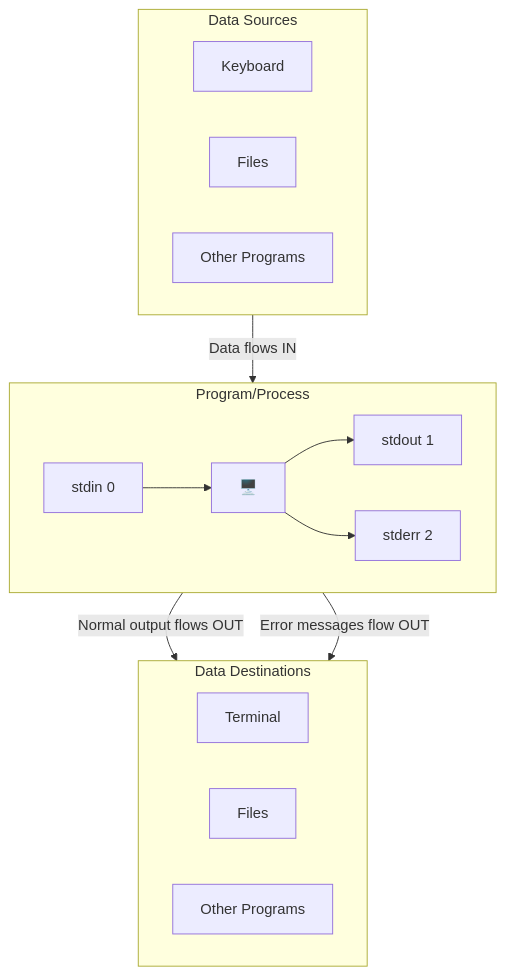
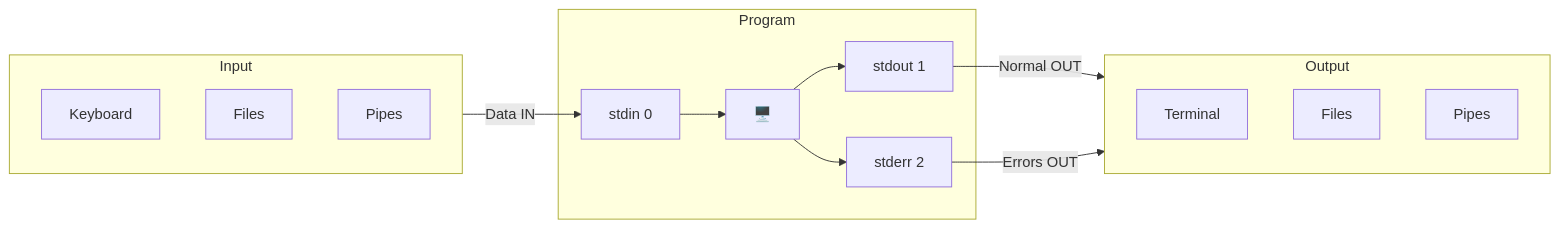
One commit to apcamargo/starlight-test changed the first of 2 diagrams in src/content/docs/guides/linux.mdx. Above: the diagram before and after it, drawn with Mermaid. The commit also changed other lines of this file, not shown here.

````diff
--- a/src/content/docs/guides/linux.mdx
+++ b/src/content/docs/guides/linux.mdx
@@ -17,25 +17,23 @@
 ```mermaid
-flowchart TB
-    subgraph INPUT ["Data Sources"]
+flowchart LR
+    subgraph INPUT ["Input"]
         KB[Keyboard]
         FILE[Files]
-        PIPE[Other Programs]
+        PIPE[Pipes]
     end
     
-    subgraph PROGRAM ["Program/Process"]
-        direction LR
-        STDIN[stdin 0] --> PROC[🖥️] 
-        PROC --> STDOUT[stdout 1]
+    subgraph PROGRAM ["Program"]
+        STDIN[stdin 0] --> PROC[🖥️] --> STDOUT[stdout 1]
         PROC --> STDERR[stderr 2]
     end
     
-    subgraph OUTPUT ["Data Destinations"]
+    subgraph OUTPUT ["Output"]
         TERM[Terminal]
         OUTFILE[Files]
-        NEXTPROG[Other Programs]
+        NEXTPROG[Pipes]
     end
     
-    INPUT -->|"Data flows IN"| STDIN
-    STDOUT -->|"Normal output flows OUT"| OUTPUT
-    STDERR -->|"Error messages flow OUT"| OUTPUT
+    INPUT -->|"Data IN"| STDIN
+    STDOUT -->|"Normal OUT"| OUTPUT
+    STDERR -->|"Errors OUT"| OUTPUT
 ```
````
